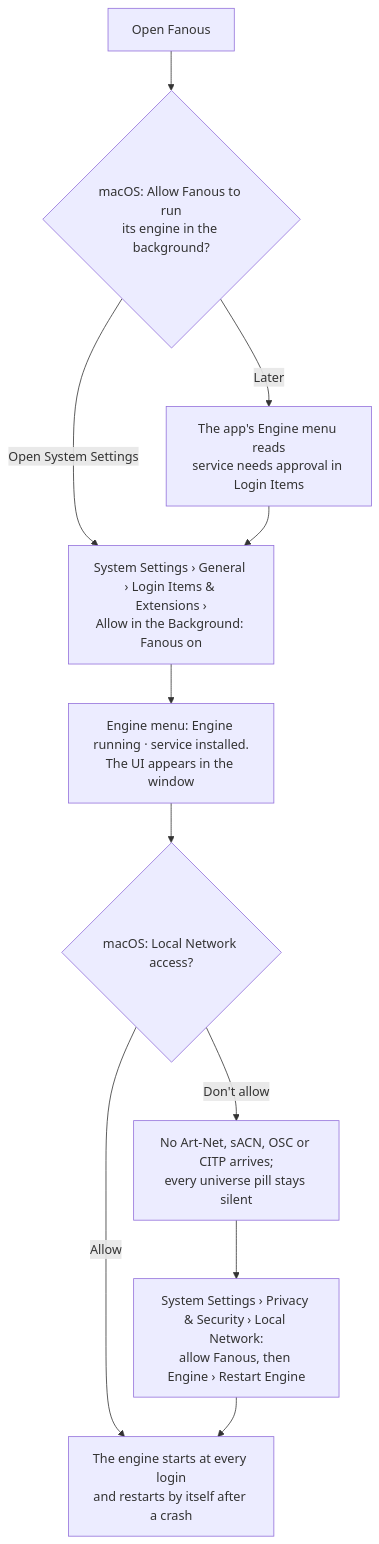
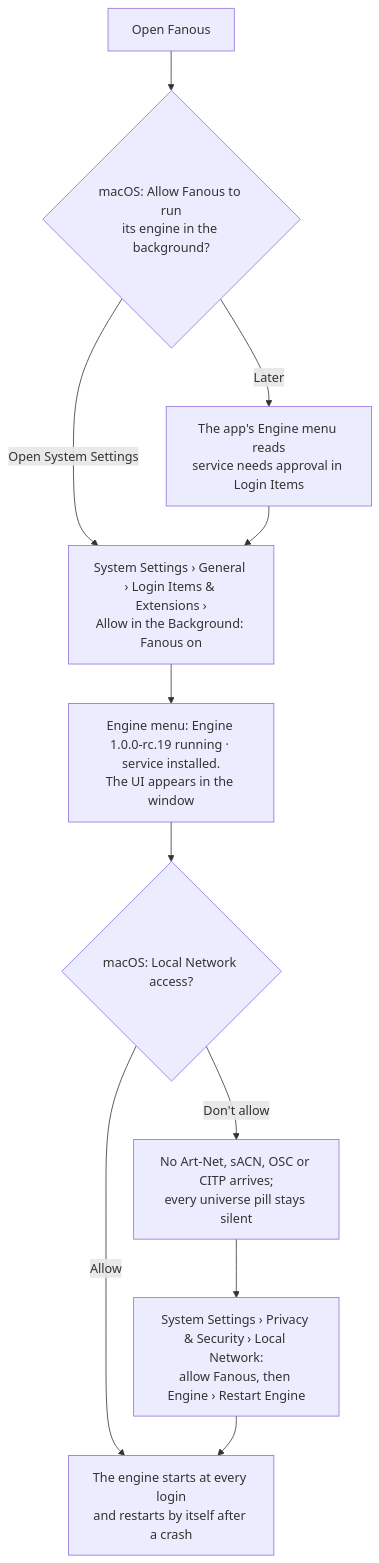
Before and after one commit to Timdebruijn/fanous: the first of 2 diagrams in docs/user/getting-started.md, drawn with Mermaid. The commit also changed 17 other files, not shown here.

````diff
--- a/docs/user/getting-started.md
+++ b/docs/user/getting-started.md
@@ -54,12 +54,12 @@
 ```mermaid
 flowchart TD
   open["Open Fanous"] --> dlg{"macOS: Allow Fanous to run<br>its engine in the background?"}
   dlg -- "Open System Settings" --> settings["System Settings › General › Login Items &amp; Extensions ›<br>Allow in the Background: Fanous on"]
   dlg -- "Later" --> later["The app's Engine menu reads<br>service needs approval in Login Items"]
   later --> settings
-  settings --> running["Engine menu: Engine running · service installed.<br>The UI appears in the window"]
+  settings --> running["Engine menu: Engine 1.0.0-rc.19 running · service installed.<br>The UI appears in the window"]
   running --> lan{"macOS: Local Network access?"}
   lan -- Allow --> ok["The engine starts at every login<br>and restarts by itself after a crash"]
   lan -- "Don't allow" --> nodmx["No Art-Net, sACN, OSC or CITP arrives;<br>every universe pill stays silent"]
   nodmx --> fix["System Settings › Privacy &amp; Security › Local Network:<br>allow Fanous, then Engine › Restart Engine"] --> ok
 ```
````
